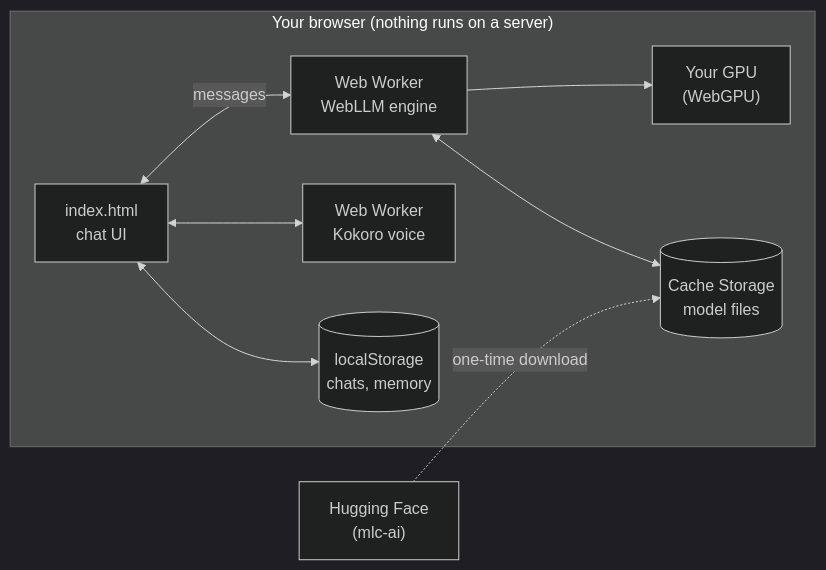
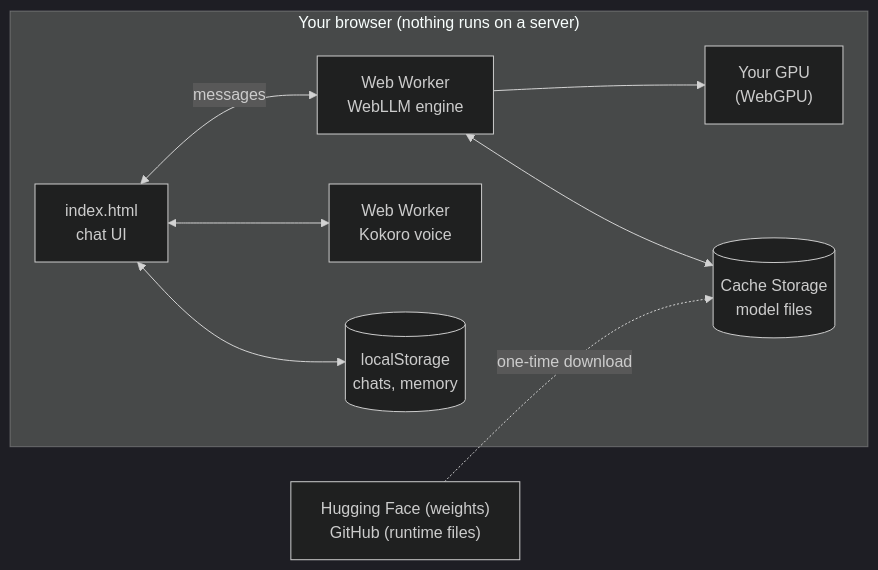
Before and after one commit to ankitrathi85/freellmbot: the first of 2 diagrams in README.md, drawn with Mermaid (dark theme). The commit also changed other lines of this file and 1 other file, not shown here.

````diff
--- a/README.md
+++ b/README.md
@@ -28,11 +30,11 @@
 ```mermaid
 flowchart LR
   subgraph Browser["Your browser (nothing runs on a server)"]
     UI["index.html<br/>chat UI"] <-->|messages| W["Web Worker<br/>WebLLM engine"]
     W --> GPU["Your GPU<br/>(WebGPU)"]
     UI <--> TTS["Web Worker<br/>Kokoro voice"]
     UI <--> LS[("localStorage<br/>chats, memory")]
     W <--> CS[("Cache Storage<br/>model files")]
   end
-  HF["Hugging Face<br/>(mlc-ai)"] -. "one-time download" .-> CS
+  HF["Hugging Face (weights)<br/>GitHub (runtime files)"] -. "one-time download" .-> CS
 ```
````
